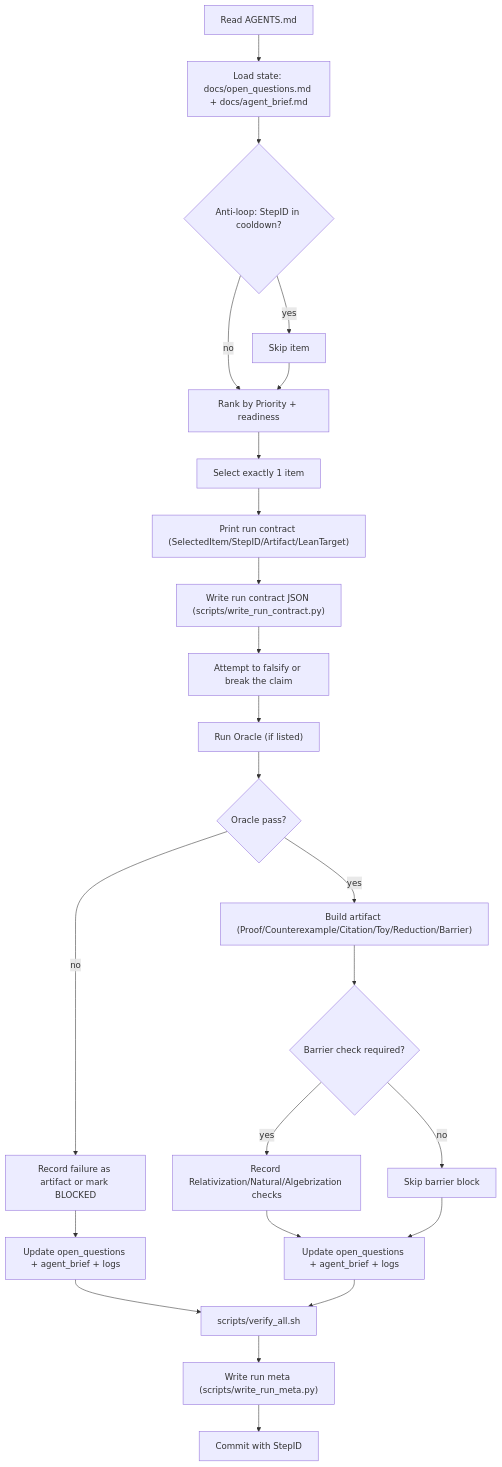
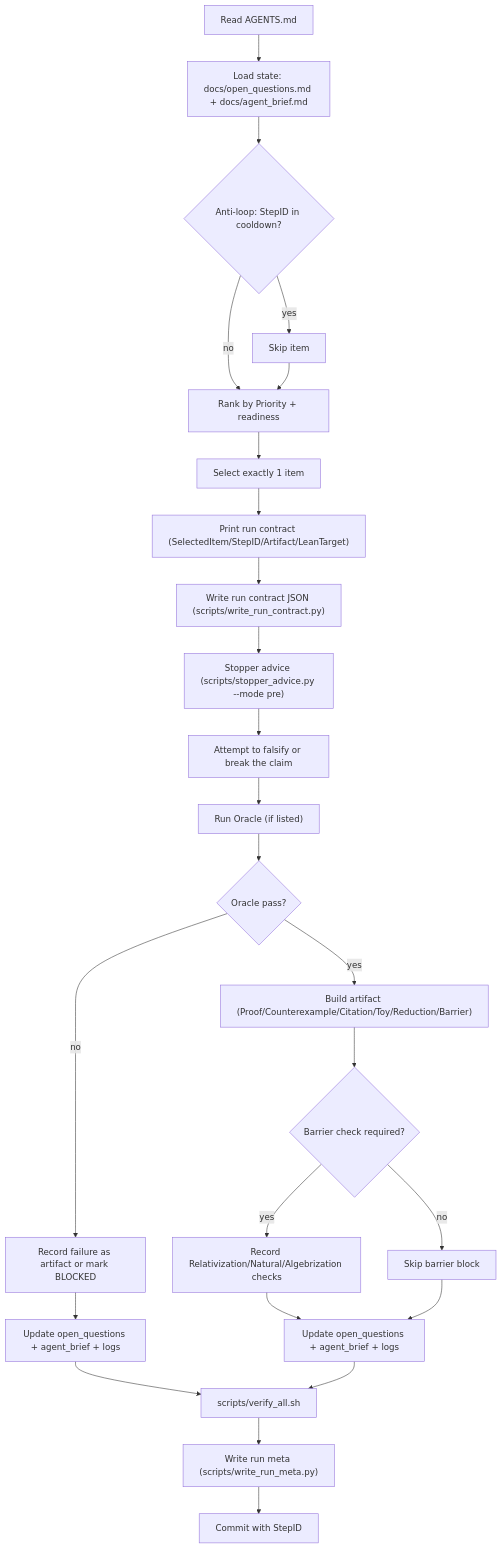
One commit to Xopoko/Experiment-26_P_vs_NP changed the fourth of 15 diagrams in ARCHITECTURE.md. Above: the diagram before and after it, drawn with Mermaid. The commit also changed other lines of this file and 73 other files, not shown here.

````diff
--- a/ARCHITECTURE.md
+++ b/ARCHITECTURE.md
@@ -168,26 +176,27 @@
 ```mermaid
 flowchart TD
   A["Read AGENTS.md"] --> B["Load state: docs/open_questions.md + docs/agent_brief.md"]
   B --> C{"Anti-loop: StepID in cooldown?"}
   C -->|yes| D["Skip item"]
   C -->|no| E["Rank by Priority + readiness"]
   D --> E
   E --> F["Select exactly 1 item"]
   F --> G["Print run contract (SelectedItem/StepID/Artifact/LeanTarget)"]
   G --> G1["Write run contract JSON (scripts/write_run_contract.py)"]
-  G1 --> H["Attempt to falsify or break the claim"]
+  G1 --> G2["Stopper advice (scripts/stopper_advice.py --mode pre)"]
+  G2 --> H["Attempt to falsify or break the claim"]
   H --> I["Run Oracle (if listed)"]
   I --> J{"Oracle pass?"}
   J -->|no| K["Record failure as artifact or mark BLOCKED"]
   J -->|yes| L["Build artifact (Proof/Counterexample/Citation/Toy/Reduction/Barrier)"]
   K --> M["Update open_questions + agent_brief + logs"]
   L --> N{"Barrier check required?"}
   N -->|yes| O["Record Relativization/Natural/Algebrization checks"]
   N -->|no| P["Skip barrier block"]
   O --> Q["Update open_questions + agent_brief + logs"]
   P --> Q
   M --> R["scripts/verify_all.sh"]
   Q --> R
   R --> S["Write run meta (scripts/write_run_meta.py)"]
   S --> T["Commit with StepID"]
 ```
````
